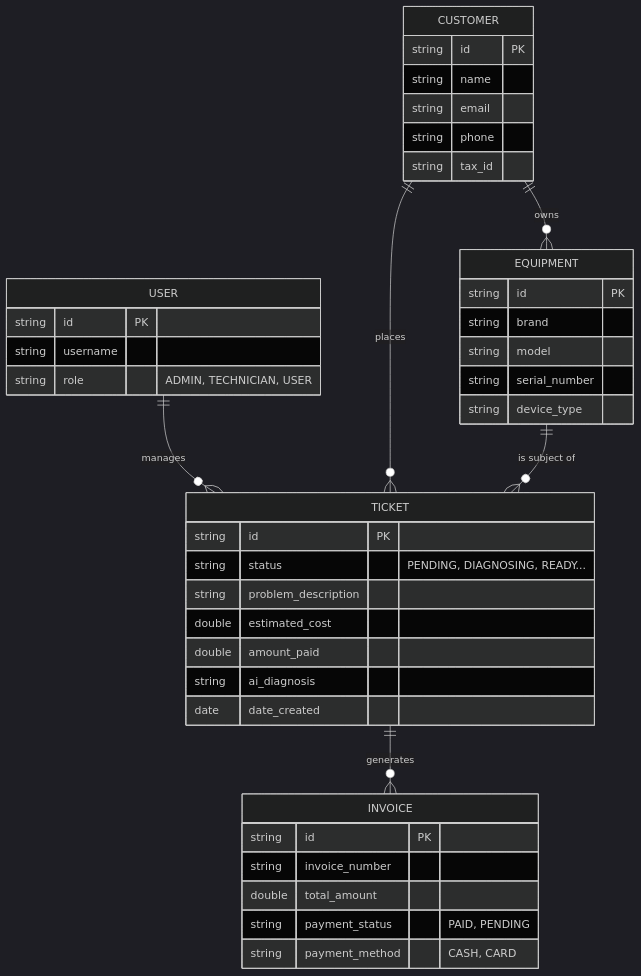
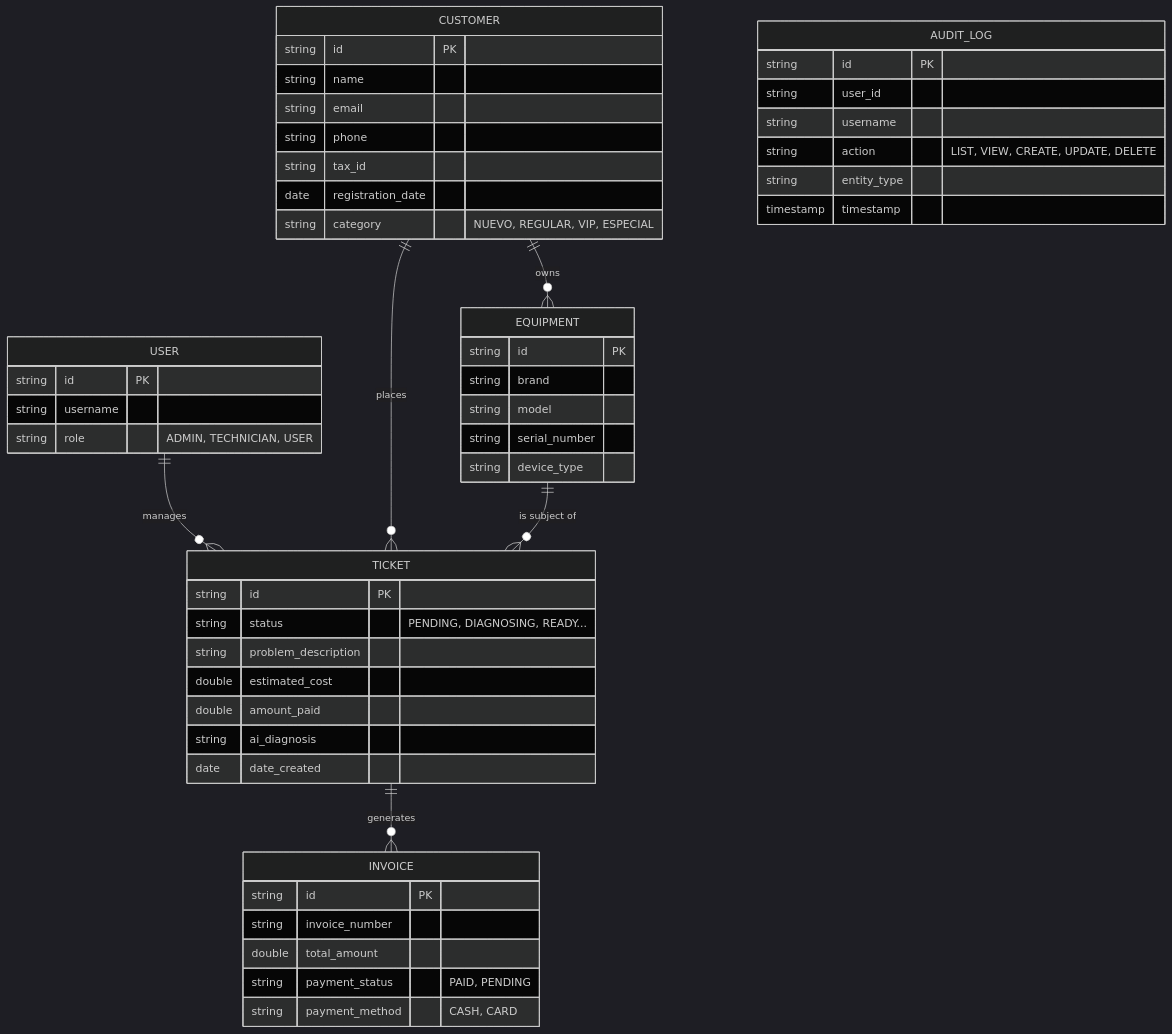
One commit to enri312/cyrcetech changed the second of 4 diagrams in project_manual.md. Above: the diagram before and after it, drawn with Mermaid (dark theme). The commit also changed other lines of this file and 33 other files, not shown here.

Commit message:
feat: Introduce core backend functionalities for equipment, customer, ticket, and audit log management, alongside new UI controllers and API service interfaces.

````diff
--- a/project_manual.md
+++ b/project_manual.md
@@ -37,48 +37,59 @@
 ```mermaid
 erDiagram
     USER ||--o{ TICKET : manages
     CUSTOMER ||--o{ EQUIPMENT : owns
     CUSTOMER ||--o{ TICKET : places
     EQUIPMENT ||--o{ TICKET : "is subject of"
     TICKET ||--o{ INVOICE : generates
 
     USER {
         string id PK
         string username
         string role "ADMIN, TECHNICIAN, USER"
     }
 
     CUSTOMER {
         string id PK
         string name
         string email
         string phone
         string tax_id
+        date registration_date
+        string category "NUEVO, REGULAR, VIP, ESPECIAL"
     }
 
     EQUIPMENT {
         string id PK
         string brand
         string model
         string serial_number
         string device_type
     }
 
     TICKET {
         string id PK
         string status "PENDING, DIAGNOSING, READY..."
         string problem_description
         double estimated_cost
         double amount_paid
         string ai_diagnosis
         date date_created
     }
 
     INVOICE {
         string id PK
         string invoice_number
         double total_amount
         string payment_status "PAID, PENDING"
         string payment_method "CASH, CARD"
     }
+
+    AUDIT_LOG {
+        string id PK
+        string user_id
+        string username
+        string action "LIST, VIEW, CREATE, UPDATE, DELETE"
+        string entity_type
+        timestamp timestamp
+    }
 ```
````
